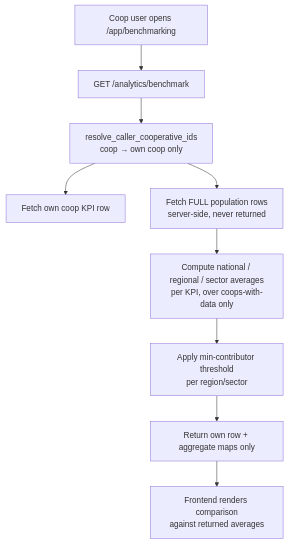
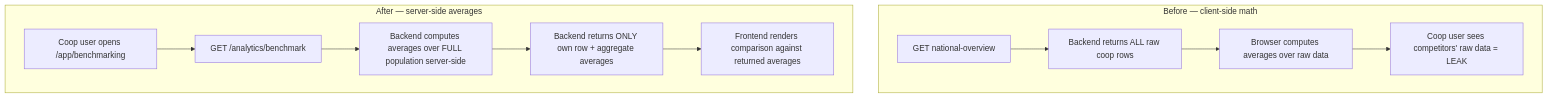
Before and after one commit to ADORSYS-GIS/CoopData: the diagram in docs/benchmarkdesign.md, drawn with Mermaid. The commit also changed other lines of this file, not shown here.

Commit message:
docs: sync benchmark design doc with role-based contributor thresholds and sector label changes

````diff
--- a/docs/benchmarkdesign.md
+++ b/docs/benchmarkdesign.md
@@ -93,11 +42,15 @@
 ```mermaid
 flowchart TD
-    A[Coop user opens /app/benchmarking] --> B[GET /analytics/benchmark]
-    B --> C[resolve_caller_cooperative_ids<br/>coop → own coop only]
-    C --> D[Fetch own coop KPI row]
-    C --> E[Fetch FULL population rows<br/>server-side, never returned]
-    E --> F[Compute national / regional / sector averages<br/>per KPI, over coops-with-data only]
-    F --> G[Apply min-contributor threshold<br/>per region/sector]
-    G --> H[Return own row + aggregate maps only]
-    H --> I[Frontend renders comparison<br/>against returned averages]
+    subgraph Before[Before — client-side math]
+        A1[GET national-overview] --> A2[Backend returns ALL raw coop rows]
+        A2 --> A3[Browser computes averages over raw data]
+        A3 --> A4[Coop user sees competitors' raw data = LEAK]
+    end
+
+    subgraph After[After — server-side averages]
+        B1[Coop user opens /app/benchmarking] --> B2[GET /analytics/benchmark]
+        B2 --> B3[Backend computes averages over FULL population server-side]
+        B3 --> B4[Backend returns ONLY own row + aggregate averages]
+        B4 --> B5[Frontend renders comparison against returned averages]
+    end
 ```
````
